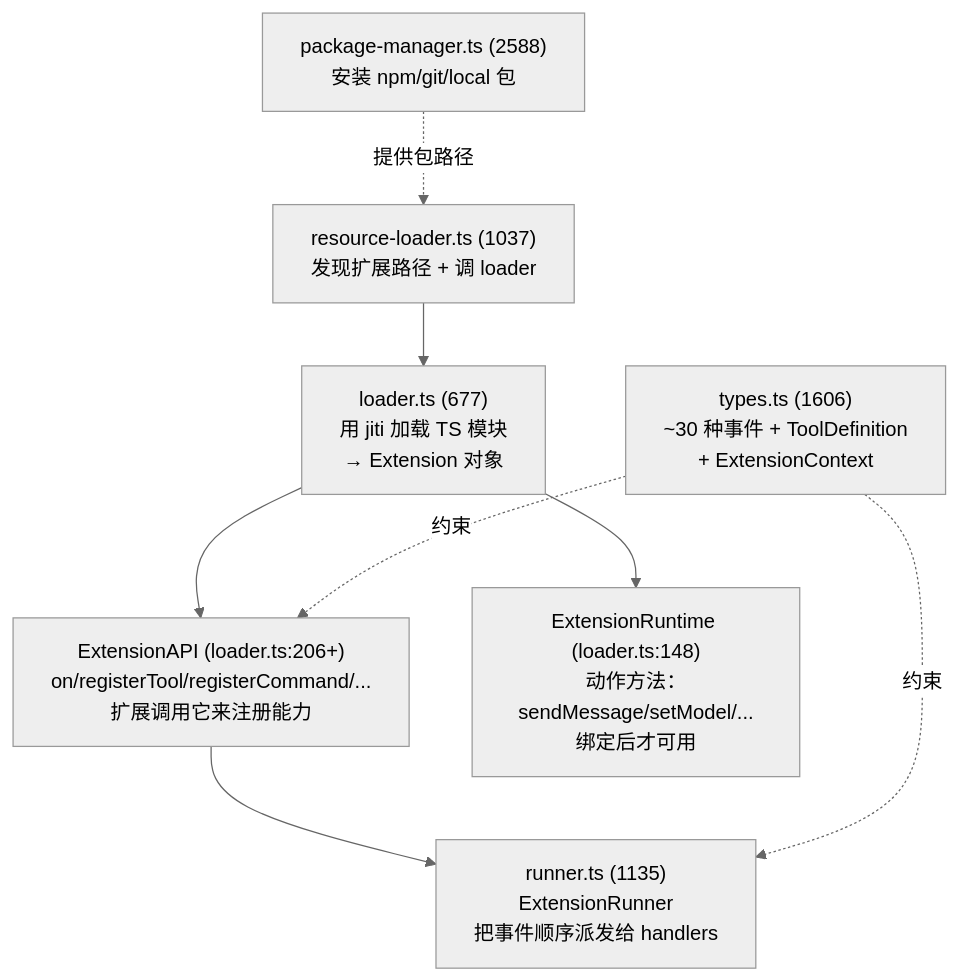
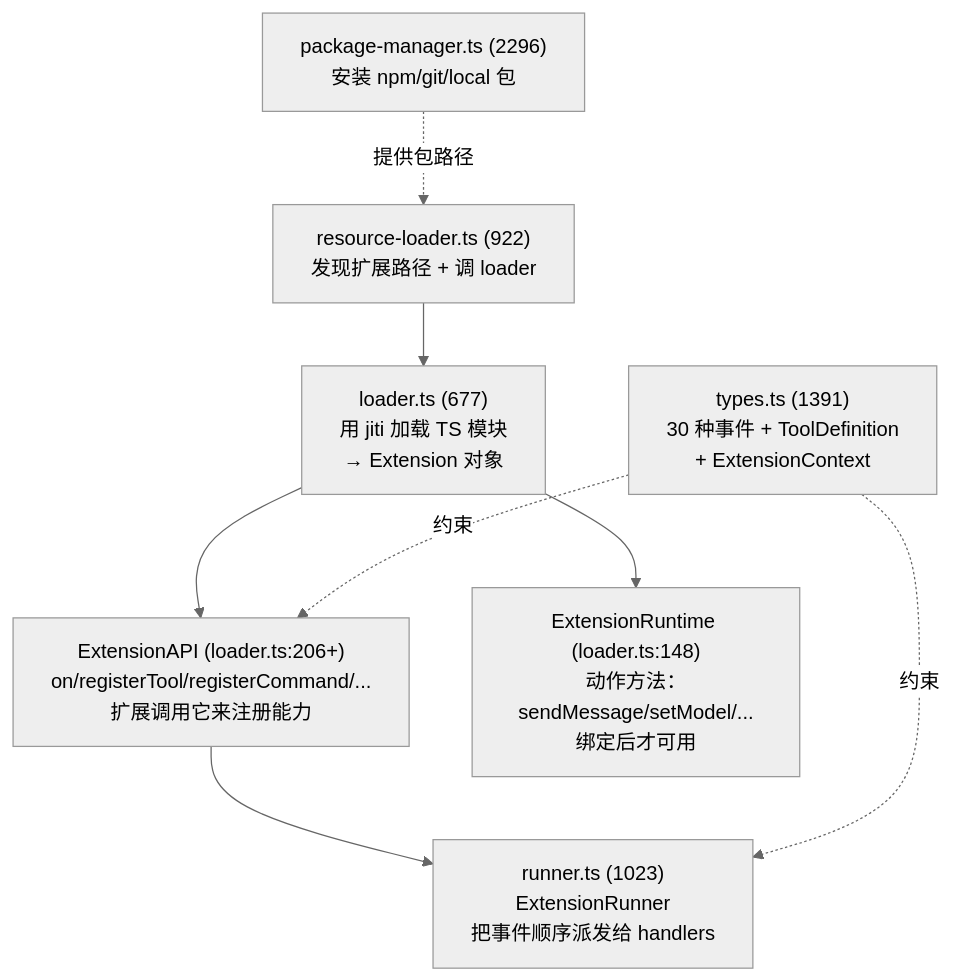
Before and after one commit to ljie-PI/pi: the first of 4 diagrams in docs/deep-dive/07-extensions.md, drawn with Mermaid. The commit also changed other lines of this file and 13 other files, not shown here.

````diff
--- a/docs/deep-dive/07-extensions.md
+++ b/docs/deep-dive/07-extensions.md
@@ -11,19 +11,19 @@
 ```mermaid
 %%{init: {'theme': 'neutral'}}%%
 graph TB
     loader["loader.ts (677)<br/>用 jiti 加载 TS 模块<br/>→ Extension 对象"]
     api["ExtensionAPI (loader.ts:206+)<br/>on/registerTool/registerCommand/...<br/>扩展调用它来注册能力"]
     runtime["ExtensionRuntime (loader.ts:148)<br/>动作方法：sendMessage/setModel/...<br/>绑定后才可用"]
-    runner["runner.ts (1135)<br/>ExtensionRunner<br/>把事件顺序派发给 handlers"]
-    types["types.ts (1606)<br/>~30 种事件 + ToolDefinition<br/>+ ExtensionContext"]
-    rl["resource-loader.ts (1037)<br/>发现扩展路径 + 调 loader"]
-    pm["package-manager.ts (2588)<br/>安装 npm/git/local 包"]
+    runner["runner.ts (1023)<br/>ExtensionRunner<br/>把事件顺序派发给 handlers"]
+    types["types.ts (1391)<br/>30 种事件 + ToolDefinition<br/>+ ExtensionContext"]
+    rl["resource-loader.ts (922)<br/>发现扩展路径 + 调 loader"]
+    pm["package-manager.ts (2296)<br/>安装 npm/git/local 包"]
 
     rl --> loader
     loader --> api
     loader --> runtime
     api --> runner
     types -.约束.-> api
     types -.约束.-> runner
     pm -.提供包路径.-> rl
 ```
````
